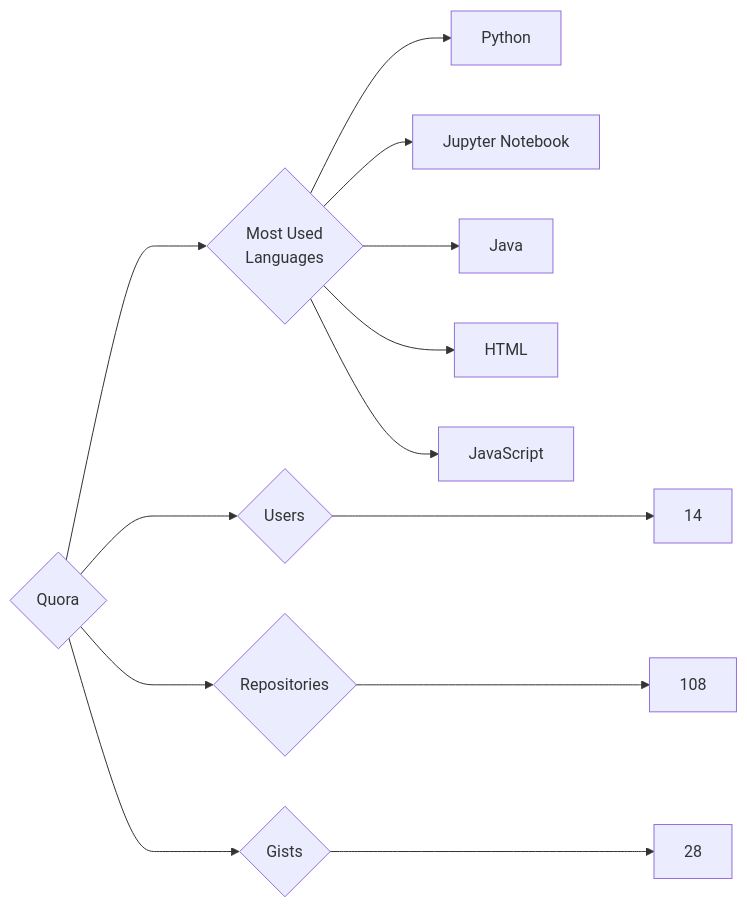
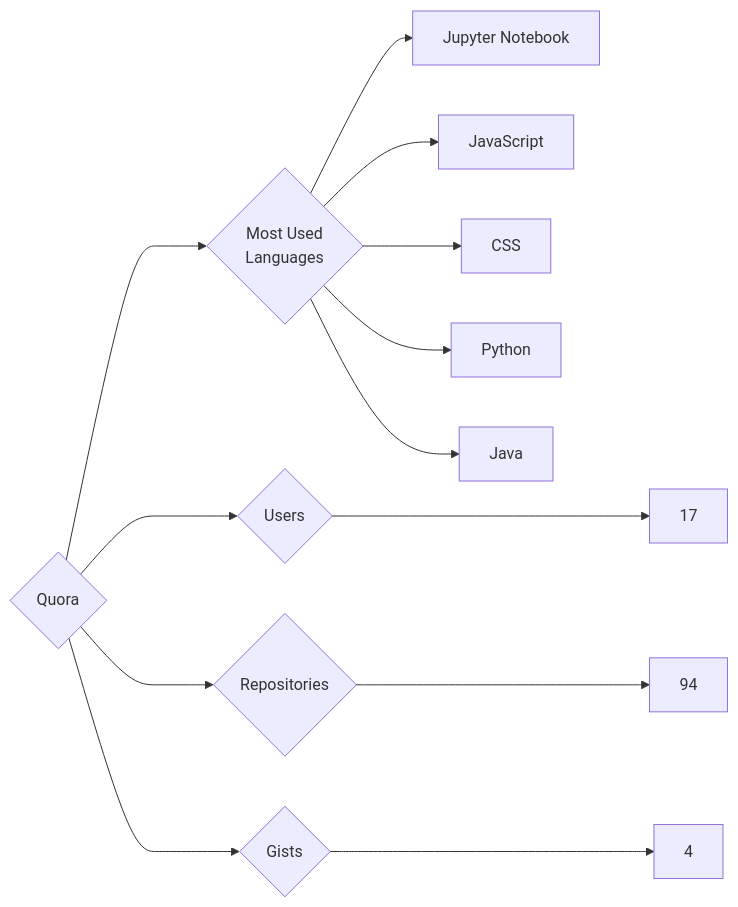
The diagram in targets/Quora/README.md (trickest/insiders), drawn with Mermaid before and after one commit. The commit also changed 948 other files, not shown here.

````diff
--- a/targets/Quora/README.md
+++ b/targets/Quora/README.md
@@ -3,13 +3,13 @@
 ```mermaid
 graph LR
 COMPANY_NAME{Quora}
-COMPANY_NAME ---> U{Users} ---> UN[14]
-COMPANY_NAME ---> R{Repositories} ---> RN[108]
-COMPANY_NAME ---> G{Gists} ---> GN[28]
+COMPANY_NAME ---> U{Users} ---> UN[17]
+COMPANY_NAME ---> R{Repositories} ---> RN[94]
+COMPANY_NAME ---> G{Gists} ---> GN[4]
 COMPANY_NAME ---> ML{Most Used<br>Languages}
+ML --> Jupyter_Notebook[Jupyter Notebook]
+ML --> JavaScript[JavaScript]
+ML --> CSS[CSS]
 ML --> Python[Python]
-ML --> Jupyter_Notebook[Jupyter Notebook]
 ML --> Java[Java]
-ML --> HTML[HTML]
-ML --> JavaScript[JavaScript]
 ```
````
